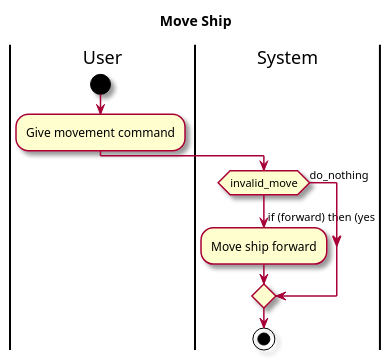
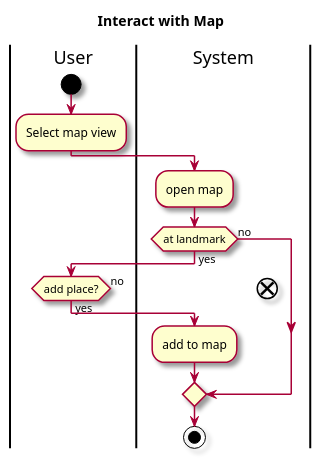
The diagram in CMPU_203_PirateGame/doc/use-cases/Interact_with_Map.md (emutchek/MaraudersAtSea), drawn with PlantUML before and after one commit. The commit also changed other lines of this file, not shown here.

Commit message:
edited interact with map use case

````diff
--- a/CMPU_203_PirateGame/doc/use-cases/Interact_with_Map.md
+++ b/CMPU_203_PirateGame/doc/use-cases/Interact_with_Map.md
@@ -38,23 +34,27 @@
 ```PlantUML
 @startuml 
 
 skin rose
-title Move Ship
+title Interact with Map
 |User|
 |System|
 
 |User|
 start
-:Give movement command;
-
+:Select map view;
 |System|
-if (invalid_move) then (do_nothing)
-else (
-if (forward) then (yes)
-:Move ship forward;
-
+:open map;
+if (at landmark) then (yes)
+    |User|
+    if(add place?) then (yes)
+    |System|
+    :add to map;
+    else(no)
+    end
+    endif
+else (no)
 endif
 stop
 
 @enduml
 ```
````
